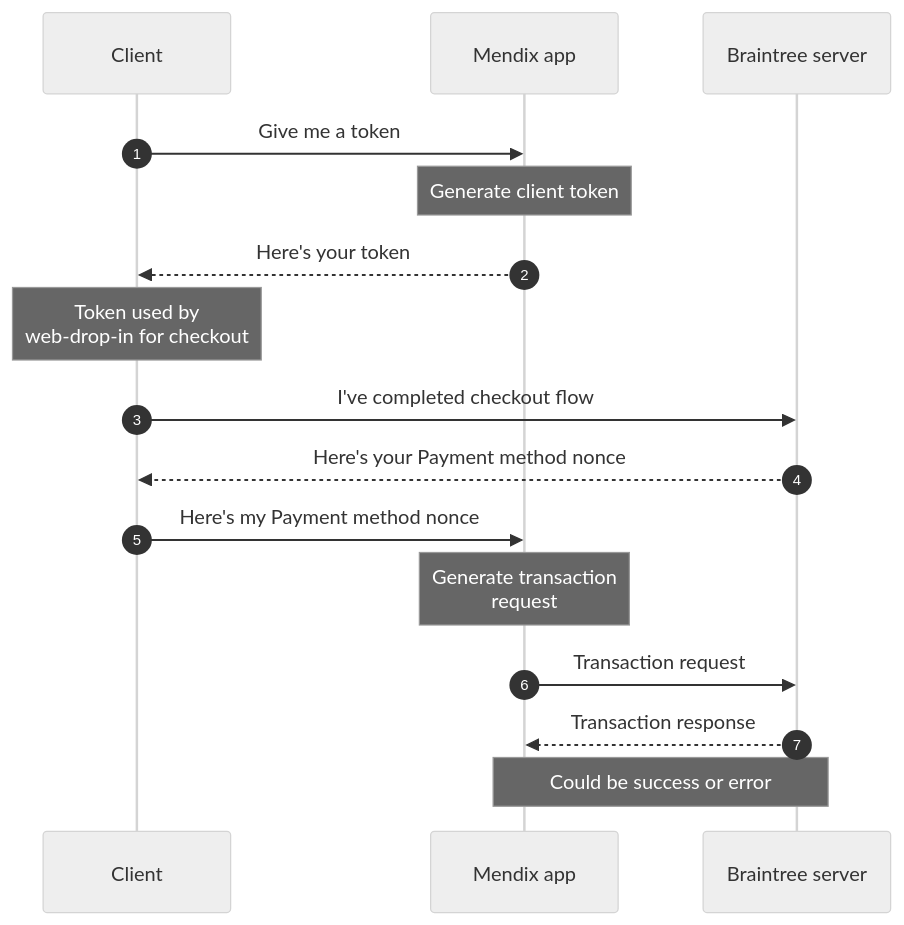
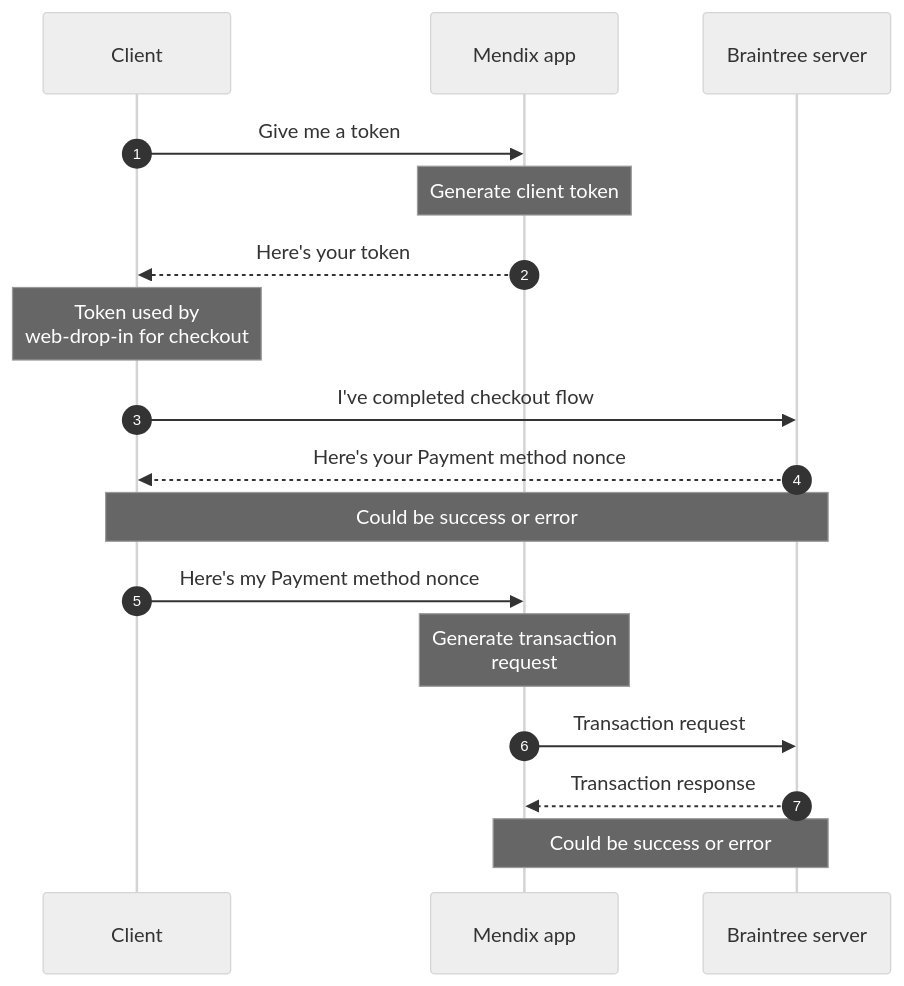
One commit to Carter-Moorse/Carter-Moorse.github.io changed the diagram in devlog/_posts/2022-01-25-integrating-payment-gateway-with-mendix.md. Above: the diagram before and after it, drawn with Mermaid (neutral theme).

````diff
--- a/devlog/_posts/2022-01-25-integrating-payment-gateway-with-mendix.md
+++ b/devlog/_posts/2022-01-25-integrating-payment-gateway-with-mendix.md
@@ -13,17 +13,18 @@
 ```mermaid
 sequenceDiagram
   autonumber
   Client->>Mendix app: Give me a token
   note over Mendix app: Generate client token
   Mendix app-->>Client: Here's your token
   note over Client: Token used by<br/>web-drop-in for checkout
 
   Client->>Braintree server: I've completed checkout flow
   Braintree server-->>Client: Here's your Payment method nonce
+  note over Client,Braintree server: Could be success or error
 
   Client->>Mendix app: Here's my Payment method nonce
   note over Mendix app: Generate transaction<br/>request
   Mendix app->>Braintree server: Transaction request
   Braintree server-->>Mendix app: Transaction response
   note over Braintree server,Mendix app: Could be success or error
 ```
````
